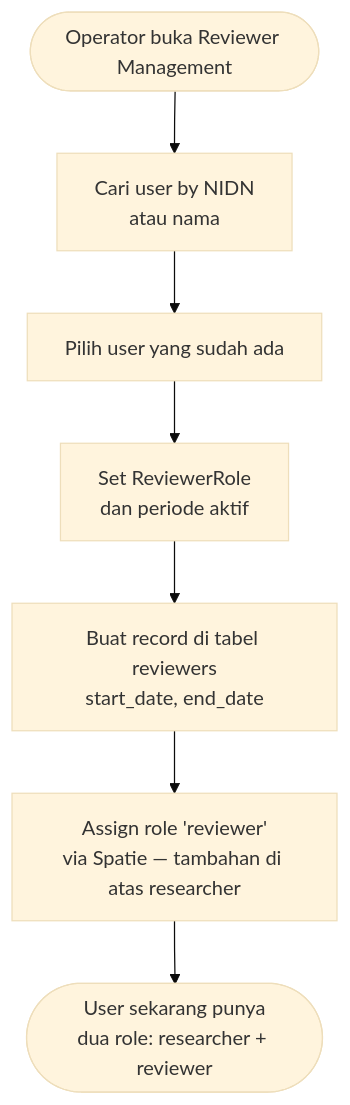
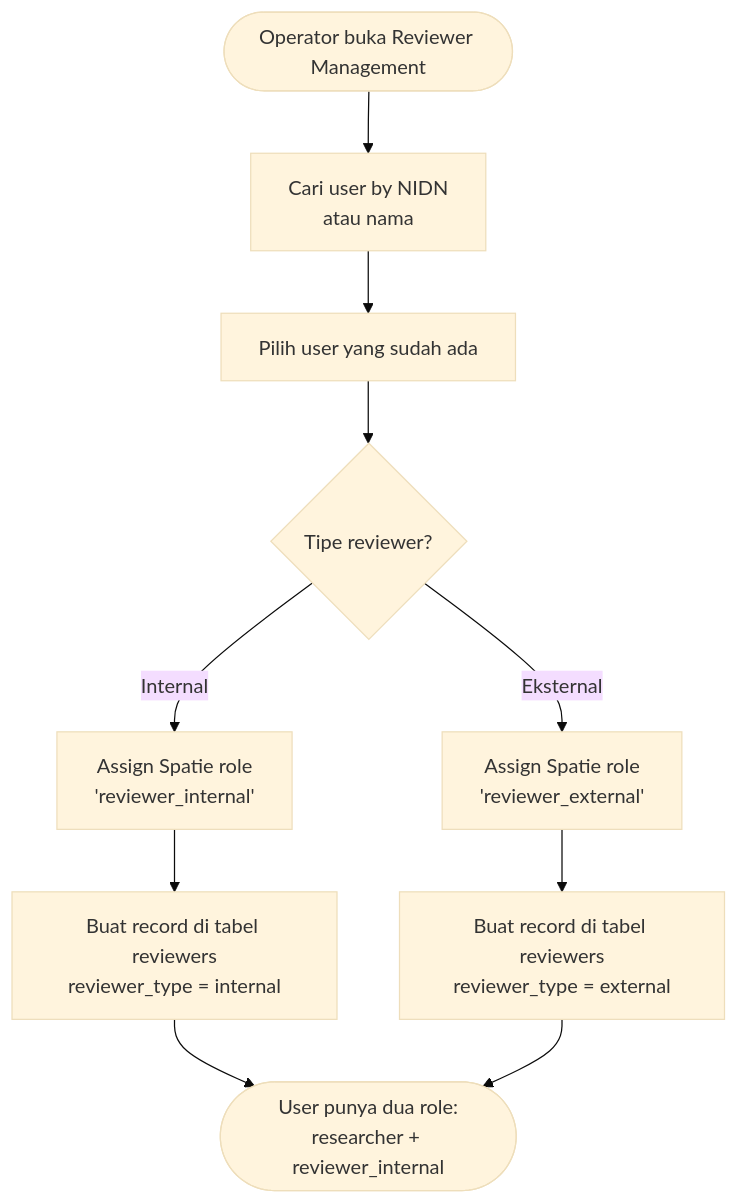
One commit to nas11ai/sim-kerjasama-itk changed the third of 5 diagrams in docs/requirement-analysis/ddd/generic/02_identity_access.md. Above: the diagram before and after it, drawn with Mermaid (base theme). The commit also changed other lines of this file and 1 other file, not shown here.

````diff
--- a/docs/requirement-analysis/ddd/generic/02_identity_access.md
+++ b/docs/requirement-analysis/ddd/generic/02_identity_access.md
@@ -58,9 +57,12 @@
 ```mermaid
 flowchart TD
     START([Operator buka Reviewer Management]) --> A[Cari user by NIDN<br/>atau nama]
     A --> B[Pilih user yang sudah ada]
-    B --> C[Set ReviewerRole<br/>dan periode aktif]
-    C --> D[Buat record di tabel reviewers<br/>start_date, end_date]
-    D --> E[Assign role 'reviewer'<br/>via Spatie — tambahan di atas researcher]
-    E --> END([User sekarang punya<br/>dua role: researcher + reviewer])
+    B --> C{Tipe reviewer?}
+    C -->|Internal| D[Assign Spatie role<br/>'reviewer_internal']
+    C -->|Eksternal| E[Assign Spatie role<br/>'reviewer_external']
+    D --> F[Buat record di tabel reviewers<br/>reviewer_type = internal]
+    E --> G[Buat record di tabel reviewers<br/>reviewer_type = external]
+    F --> END([User punya dua role:<br/>researcher + reviewer_internal])
+    G --> END
 ```
````
